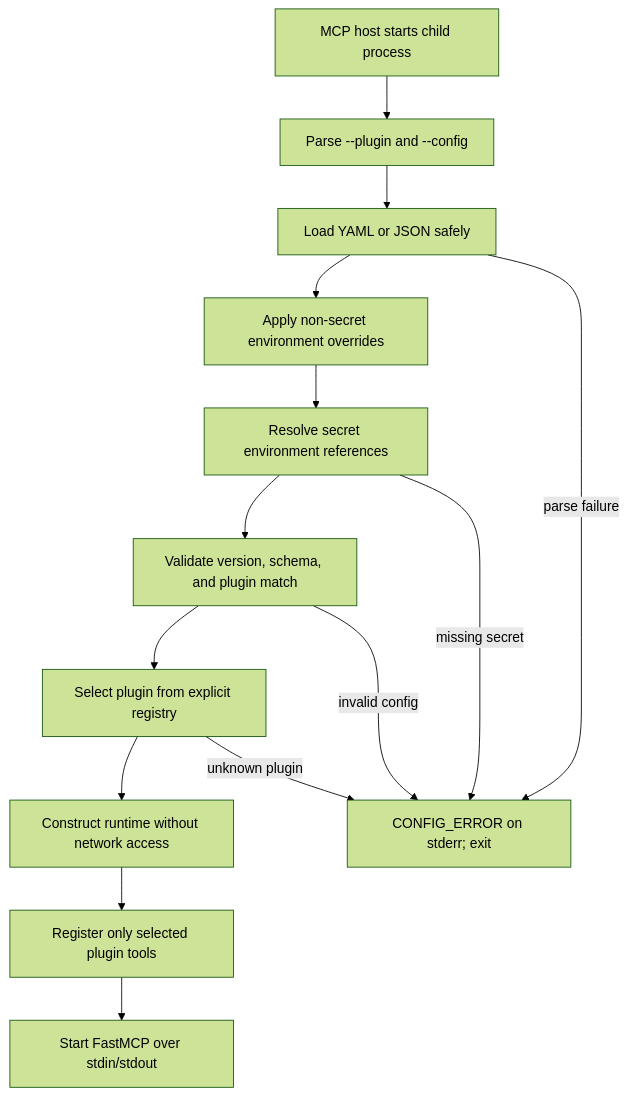
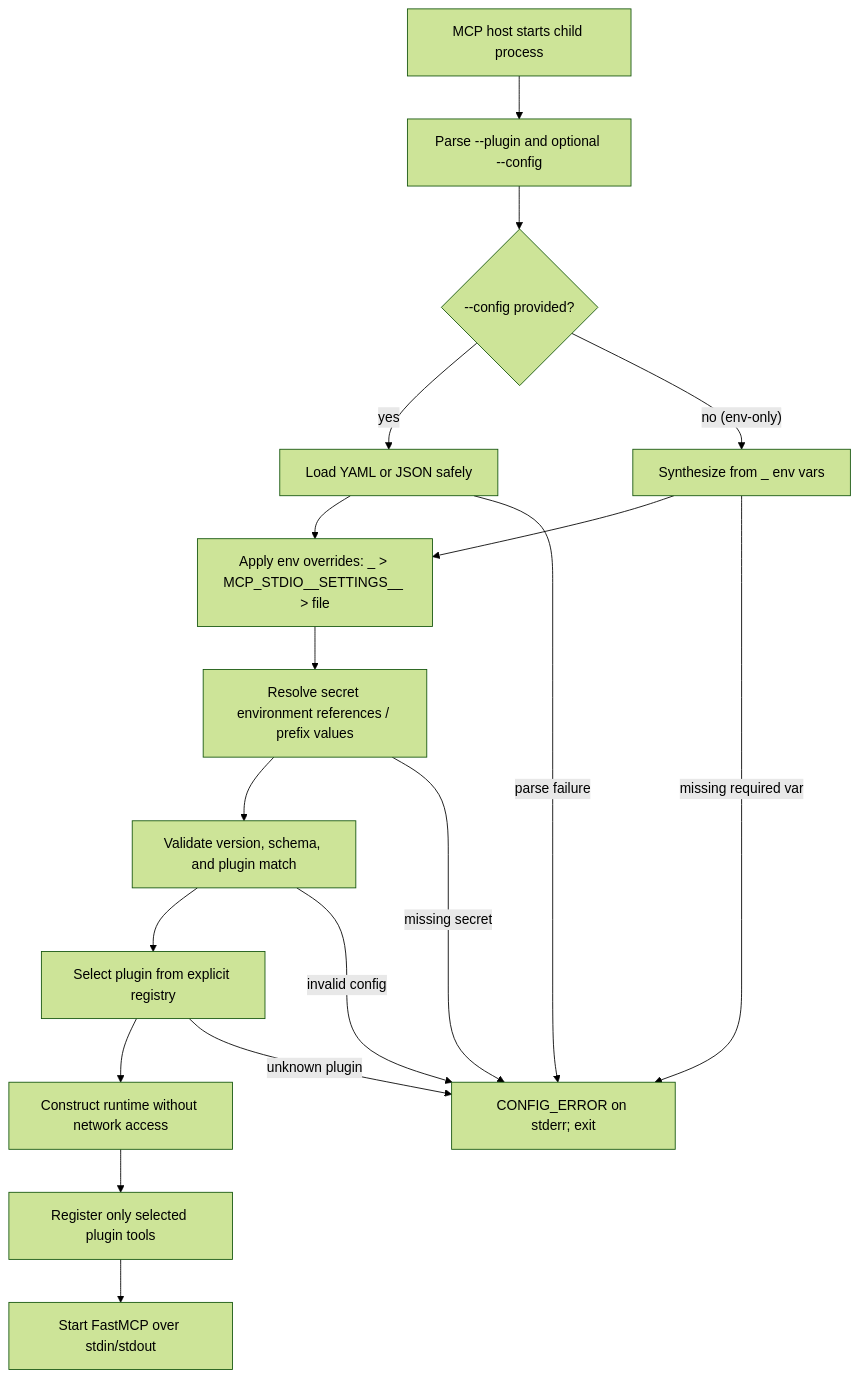
One commit to millerixy-dev/etl_mcp_suite changed the first of 5 diagrams in docs/architecture/runtime-flow.md. Above: the diagram before and after it, drawn with Mermaid (forest theme). The commit also changed other lines of this file and 19 other files, not shown here.

First line of the commit message:
feat(config): support environment-variable-only startup with prefix overrides

````diff
--- a/docs/architecture/runtime-flow.md
+++ b/docs/architecture/runtime-flow.md
@@ -36,17 +38,21 @@
 ```mermaid
 flowchart TD
-    A["MCP host starts child process"] --> B["Parse --plugin and --config"]
-    B --> C["Load YAML or JSON safely"]
-    C --> D["Apply non-secret environment overrides"]
-    D --> E["Resolve secret environment references"]
-    E --> F["Validate version, schema, and plugin match"]
-    F --> G["Select plugin from explicit registry"]
-    G --> H["Construct runtime without network access"]
-    H --> I["Register only selected plugin tools"]
-    I --> J["Start FastMCP over stdin/stdout"]
+    A["MCP host starts child process"] --> B["Parse --plugin and optional --config"]
+    B --> C{"--config provided?"}
+    C -->|"yes"| D["Load YAML or JSON safely"]
+    C -->|"no (env-only)"| E["Synthesize from <PREFIX>_<FIELD> env vars"]
+    D --> F["Apply env overrides: <PREFIX>_<FIELD> > MCP_STDIO__SETTINGS__ > file"]
+    E --> F
+    F --> G["Resolve secret environment references / prefix values"]
+    G --> H["Validate version, schema, and plugin match"]
+    H --> I["Select plugin from explicit registry"]
+    I --> J["Construct runtime without network access"]
+    J --> K["Register only selected plugin tools"]
+    K --> L["Start FastMCP over stdin/stdout"]
 
-    C -->|"parse failure"| X["CONFIG_ERROR on stderr; exit"]
-    E -->|"missing secret"| X
-    F -->|"invalid config"| X
-    G -->|"unknown plugin"| X
+    D -->|"parse failure"| X["CONFIG_ERROR on stderr; exit"]
+    E -->|"missing required var"| X
+    G -->|"missing secret"| X
+    H -->|"invalid config"| X
+    I -->|"unknown plugin"| X
 ```
````
